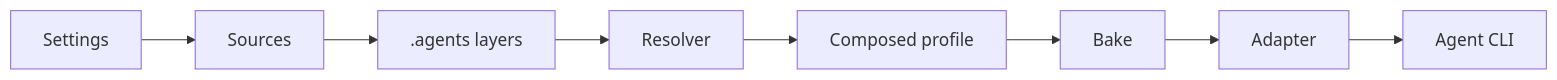
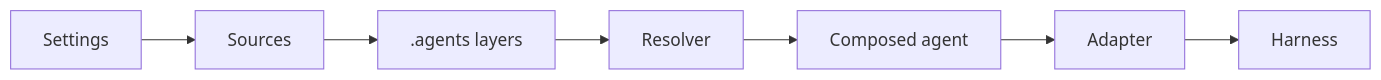
The diagram in docs/documentation/concepts.md (ai-outfitter/outfitter), drawn with Mermaid before and after one commit. The commit also changed other lines of this file and 4 other files, not shown here.

````diff
--- a/docs/documentation/concepts.md
+++ b/docs/documentation/concepts.md
@@ -5,10 +5,9 @@
 ```mermaid
 flowchart LR
   A[Settings] --> B[Sources]
   B --> C[.agents layers]
   C --> D[Resolver]
-  D --> E[Composed profile]
-  E --> F[Bake]
-  F --> G[Adapter]
-  G --> H[Agent CLI]
+  D --> E[Composed agent]
+  E --> F[Adapter]
+  F --> G[Harness]
 ```
````
